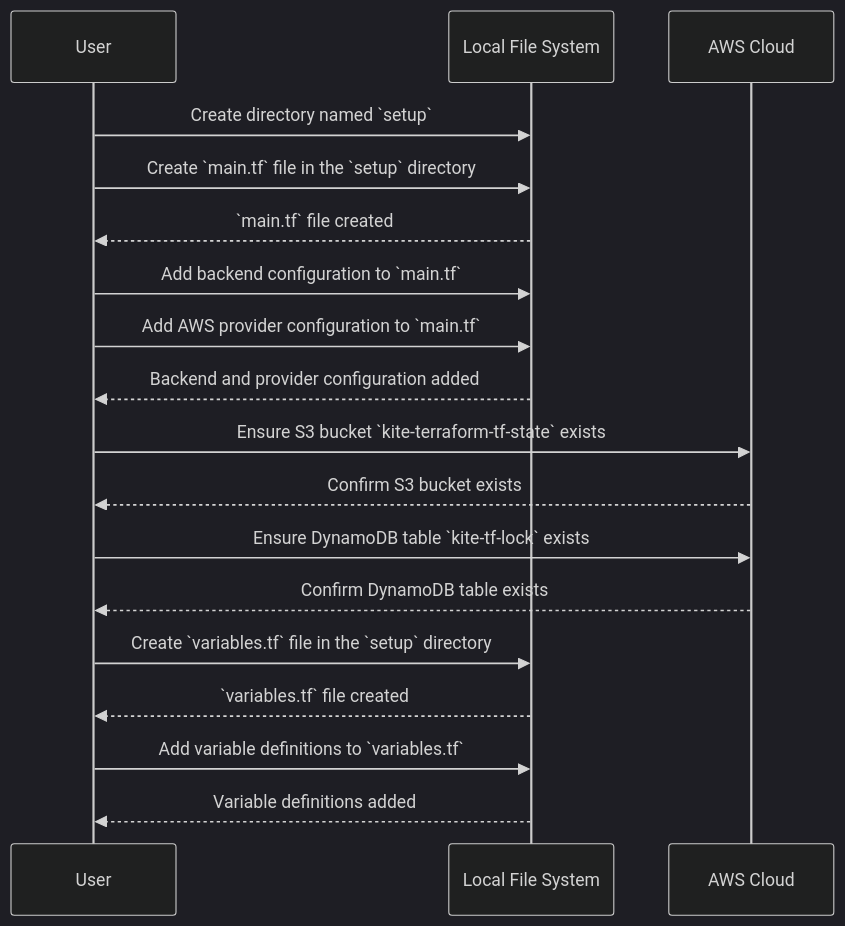
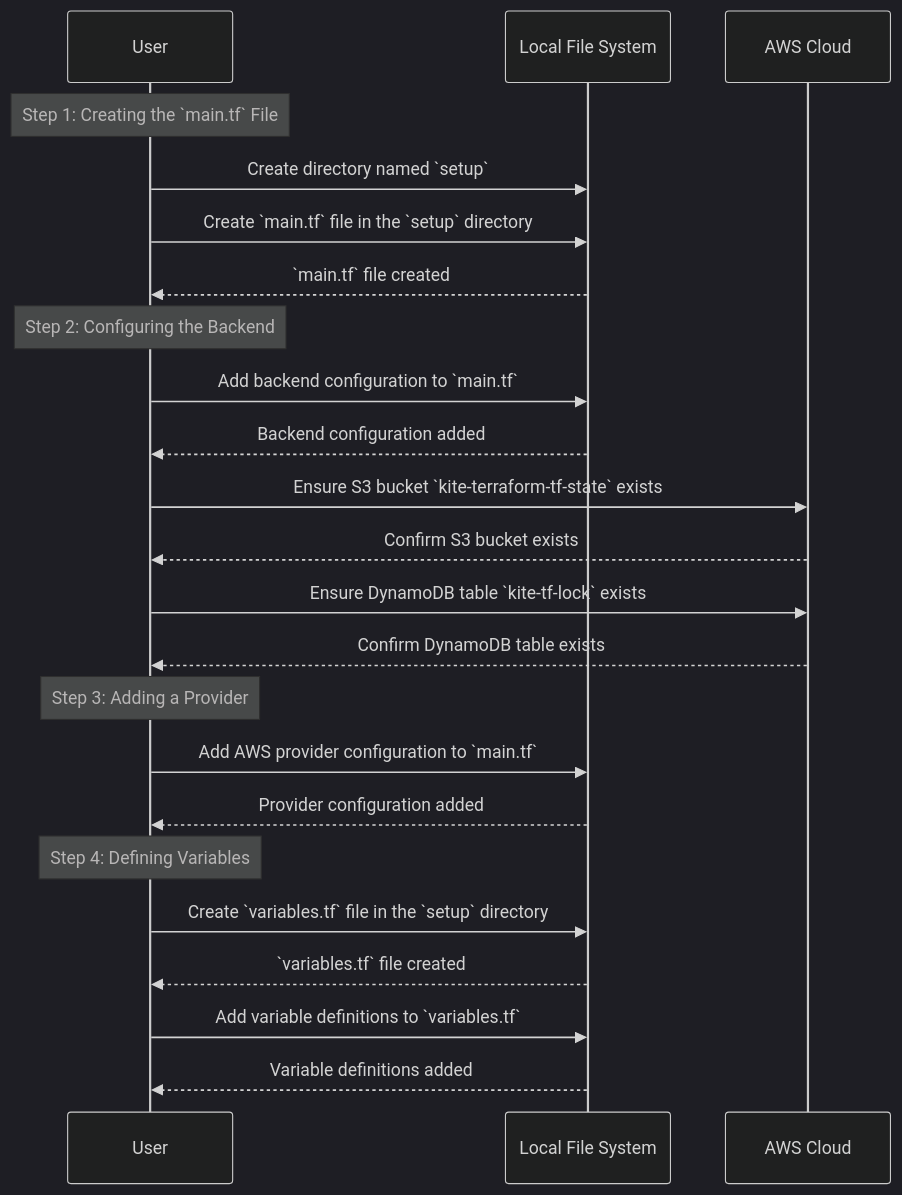
The first of 2 diagrams in 04-terraform-hands-on-labs/01-configuring-terraform/03-configuring-setup-terraform/README.md (MinhHungPhan/terraform-bootcamp), drawn with Mermaid (dark theme) before and after one commit.

Commit message:
updated sequence diagram for better reading in Hands-On Roadmap

````diff
--- a/04-terraform-hands-on-labs/01-configuring-terraform/03-configuring-setup-terraform/README.md
+++ b/04-terraform-hands-on-labs/01-configuring-terraform/03-configuring-setup-terraform/README.md
@@ -26,26 +26,29 @@
 ```mermaid
 sequenceDiagram
     participant User as User
     participant FileSystem as Local File System
     participant AWS as AWS Cloud
 
+    Note over User: Step 1: Creating the `main.tf` File
     User->>FileSystem: Create directory named `setup`
     User->>FileSystem: Create `main.tf` file in the `setup` directory
     FileSystem-->>User: `main.tf` file created
 
+    Note over User: Step 2: Configuring the Backend
     User->>FileSystem: Add backend configuration to `main.tf`
-    User->>FileSystem: Add AWS provider configuration to `main.tf`
-    FileSystem-->>User: Backend and provider configuration added
-
+    FileSystem-->>User: Backend configuration added
     User->>AWS: Ensure S3 bucket `kite-terraform-tf-state` exists
     AWS-->>User: Confirm S3 bucket exists
-
     User->>AWS: Ensure DynamoDB table `kite-tf-lock` exists
     AWS-->>User: Confirm DynamoDB table exists
 
+    Note over User: Step 3: Adding a Provider
+    User->>FileSystem: Add AWS provider configuration to `main.tf`
+    FileSystem-->>User: Provider configuration added
+
+    Note over User: Step 4: Defining Variables
     User->>FileSystem: Create `variables.tf` file in the `setup` directory
     FileSystem-->>User: `variables.tf` file created
-
     User->>FileSystem: Add variable definitions to `variables.tf`
     FileSystem-->>User: Variable definitions added
 ```
````
